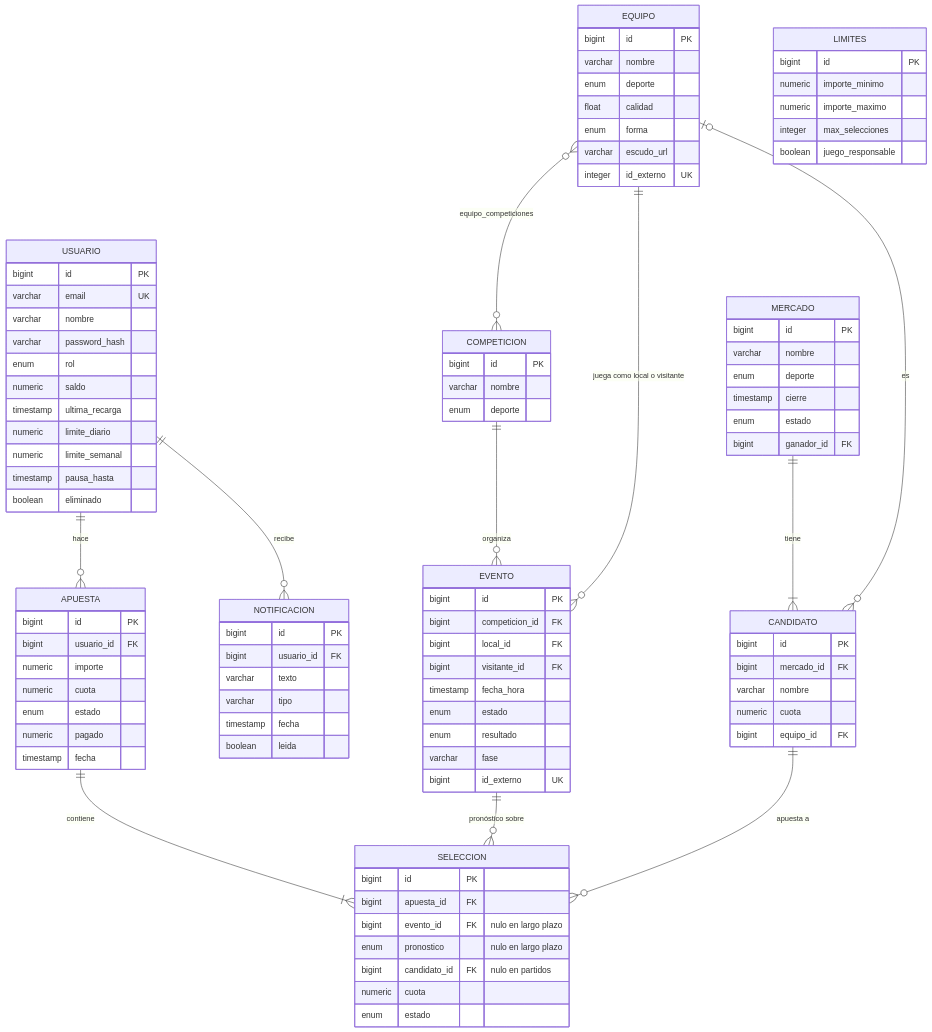
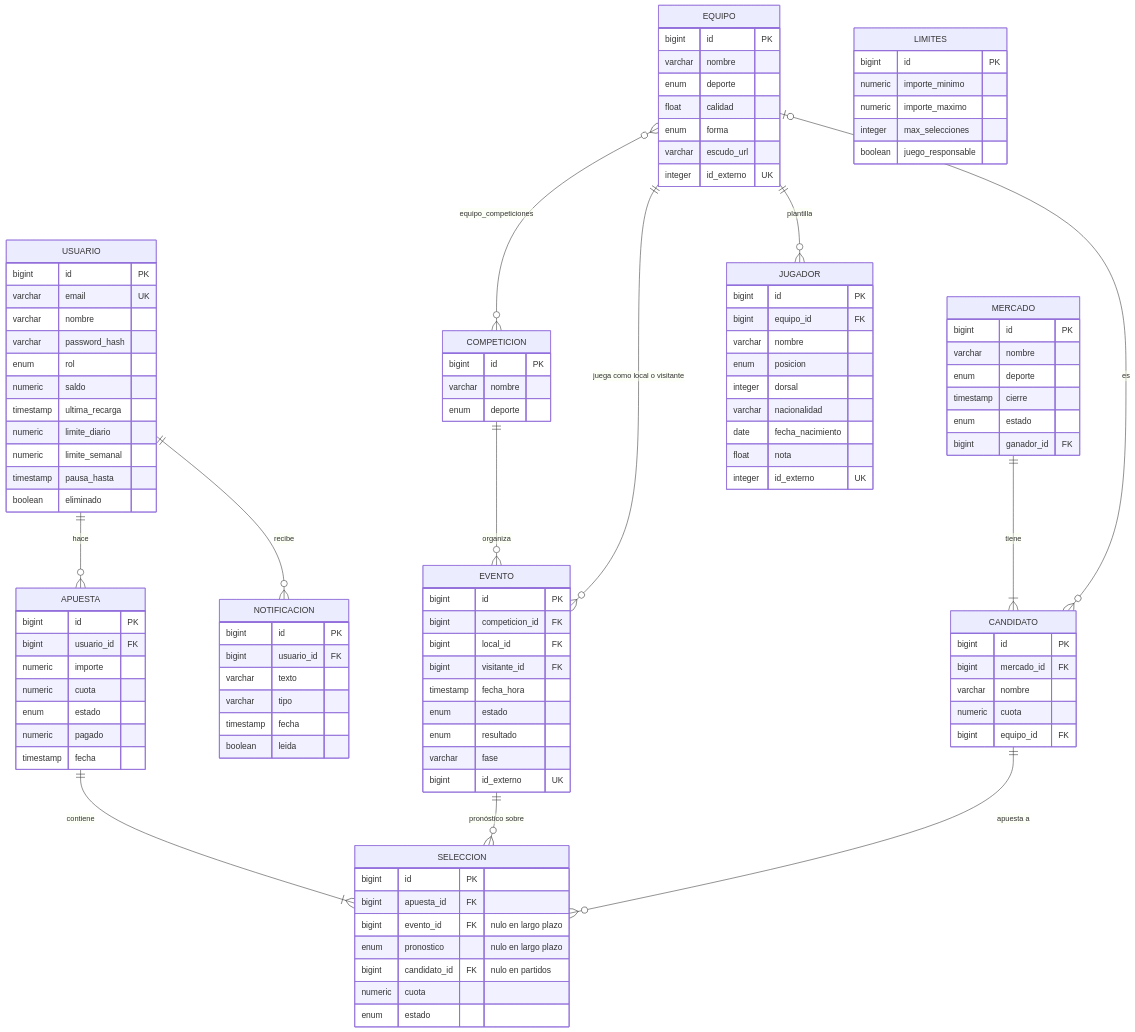
Before and after one commit to riverri/IS1: the ninth of 9 diagrams in docs/diseno/uml.md, drawn with Mermaid. The commit also changed other lines of this file and 34 other files, not shown here.

First line of the commit message:
feat: Sprint 10 · plantillas, nota de cada jugador y alineación probable

```diff
--- a/docs/diseno/uml.md
+++ b/docs/diseno/uml.md
@@ -408,6 +430,7 @@
     EQUIPO }o--o{ COMPETICION : "equipo_competiciones"
     MERCADO ||--|{ CANDIDATO : tiene
     EQUIPO |o--o{ CANDIDATO : "es"
+    EQUIPO ||--o{ JUGADOR : "plantilla"
 
     USUARIO {
         bigint id PK
@@ -460,6 +483,17 @@
         varchar escudo_url
         integer id_externo UK
     }
+    JUGADOR {
+        bigint id PK
+        bigint equipo_id FK
+        varchar nombre
+        enum posicion
+        integer dorsal
+        varchar nacionalidad
+        date fecha_nacimiento
+        float nota
+        integer id_externo UK
+    }
     COMPETICION {
         bigint id PK
         varchar nombre
```
